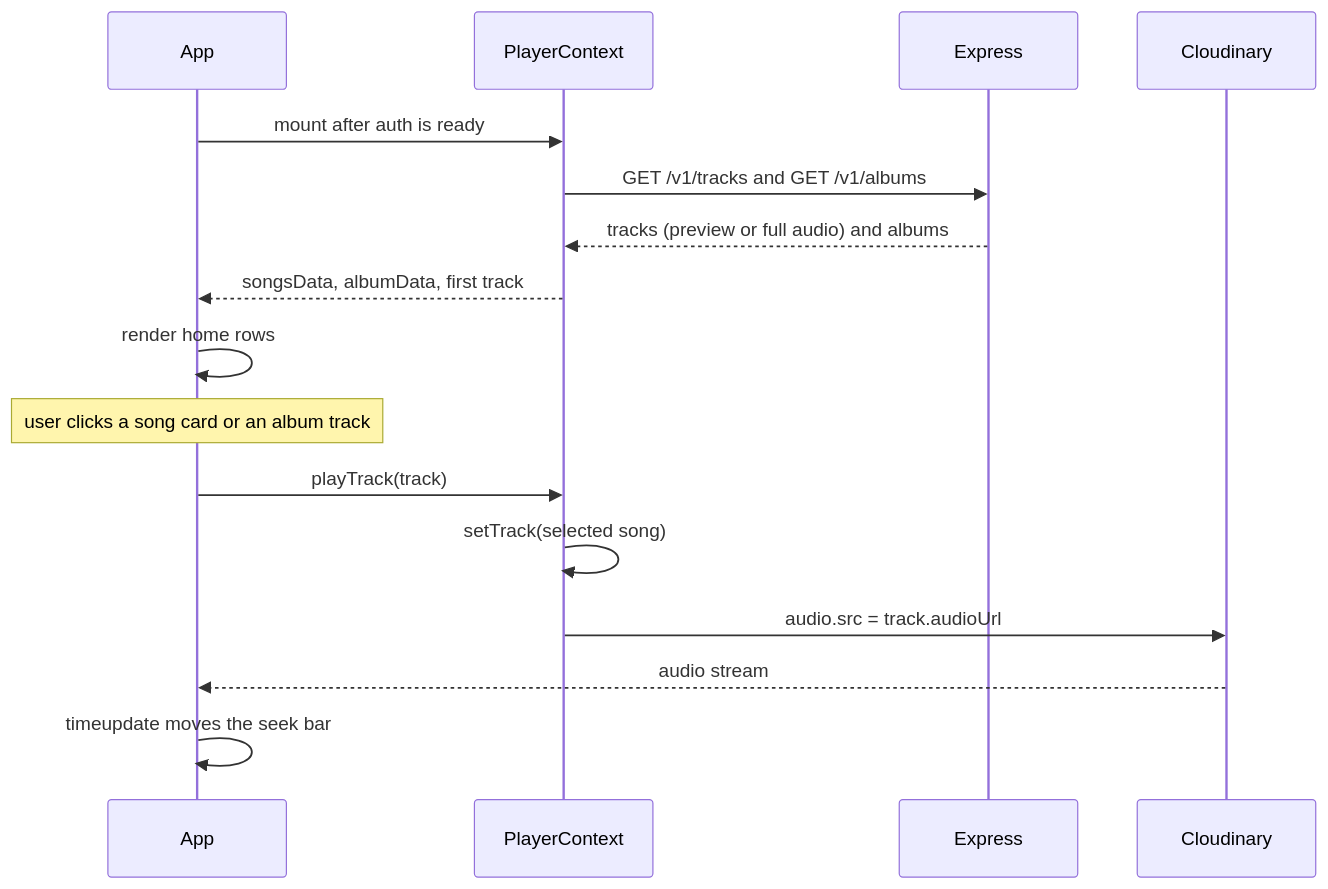
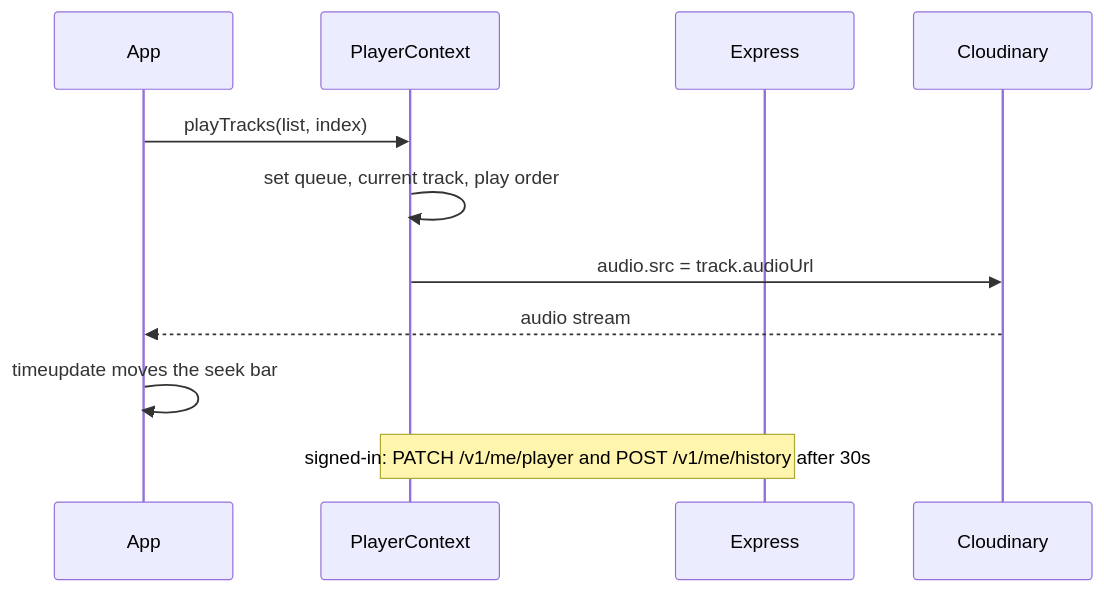
Before and after one commit to kuldeepsinghr/Spotify-clone: the third of 4 diagrams in README.md, drawn with Mermaid. The commit also changed other lines of this file and 29 other files, not shown here.

````diff
--- a/README.md
+++ b/README.md
@@ -102,19 +102,14 @@
 ```mermaid
 sequenceDiagram
   participant UI as App
   participant Ctx as PlayerContext
   participant API as Express
   participant CDN as Cloudinary
 
-  UI->>Ctx: mount after auth is ready
-  Ctx->>API: GET /v1/tracks and GET /v1/albums
-  API-->>Ctx: tracks (preview or full audio) and albums
-  Ctx-->>UI: songsData, albumData, first track
-  UI->>UI: render home rows
-  Note over UI: user clicks a song card or an album track
-  UI->>Ctx: playTrack(track)
-  Ctx->>Ctx: setTrack(selected song)
+  UI->>Ctx: playTracks(list, index)
+  Ctx->>Ctx: set queue, current track, play order
   Ctx->>CDN: audio.src = track.audioUrl
   CDN-->>UI: audio stream
   UI->>UI: timeupdate moves the seek bar
+  Note over Ctx,API: signed-in: PATCH /v1/me/player and POST /v1/me/history after 30s
 ```
````
